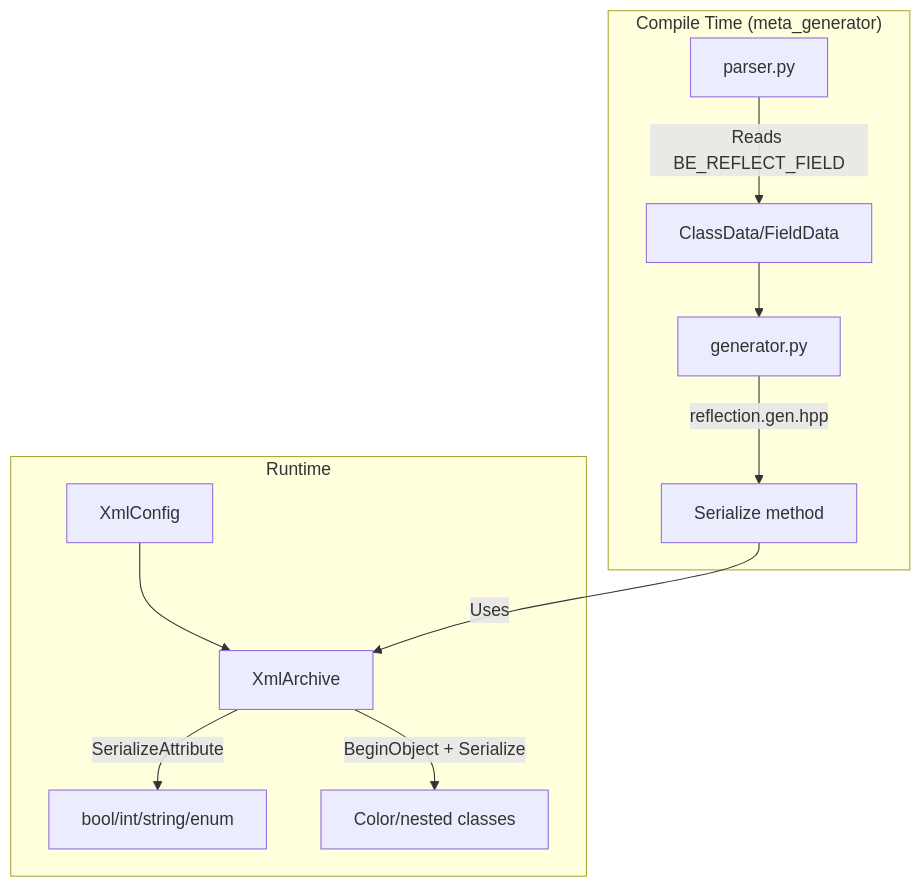
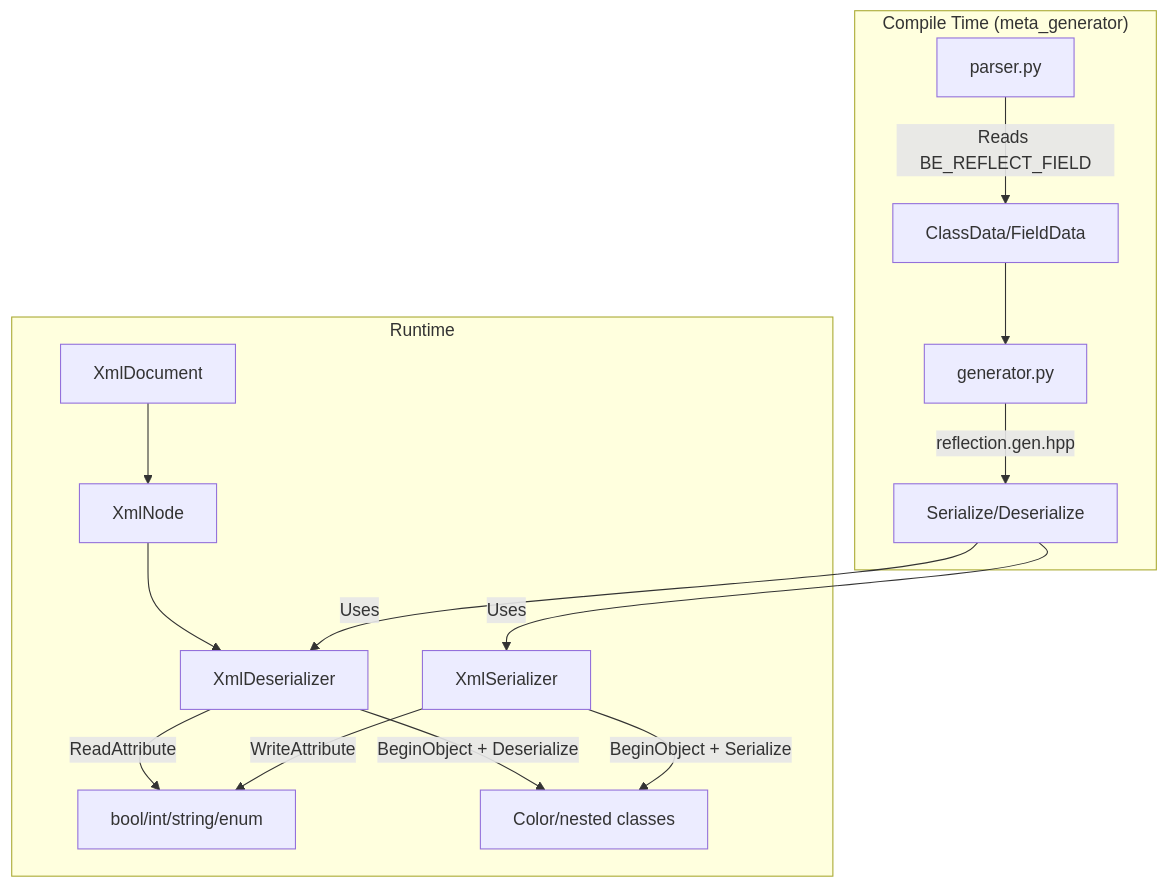
Before and after one commit to b0gdan0v-bagi/BagiEngine: the diagram in .cursor/plans/xmlarchive_serialization_refactoring_709533c3.plan.md, drawn with Mermaid. The commit also changed other lines of this file and 3 other files, not shown here.

````diff
--- a/.cursor/plans/xmlarchive_serialization_refactoring_709533c3.plan.md
+++ b/.cursor/plans/xmlarchive_serialization_refactoring_709533c3.plan.md
@@ -62,15 +76,19 @@
 ```mermaid
 flowchart TB
     subgraph Compile["Compile Time (meta_generator)"]
         Parser[parser.py] -->|Reads BE_REFLECT_FIELD| Models[ClassData/FieldData]
         Models --> Generator[generator.py]
-        Generator -->|reflection.gen.hpp| Generated[Serialize method]
+        Generator -->|reflection.gen.hpp| Generated[Serialize/Deserialize]
     end
     
     subgraph Runtime["Runtime"]
-        XmlConfig --> XmlArchive
-        XmlArchive -->|SerializeAttribute| Primitives[bool/int/string/enum]
-        XmlArchive -->|BeginObject + Serialize| Objects[Color/nested classes]
-        Generated -->|Uses| XmlArchive
+        XmlDocument --> XmlNode
+        XmlNode --> XmlDeserializer
+        XmlDeserializer -->|ReadAttribute| Primitives[bool/int/string/enum]
+        XmlDeserializer -->|BeginObject + Deserialize| Objects[Color/nested classes]
+        XmlSerializer -->|WriteAttribute| Primitives
+        XmlSerializer -->|BeginObject + Serialize| Objects
+        Generated -->|Uses| XmlSerializer
+        Generated -->|Uses| XmlDeserializer
     end
 ```
````
